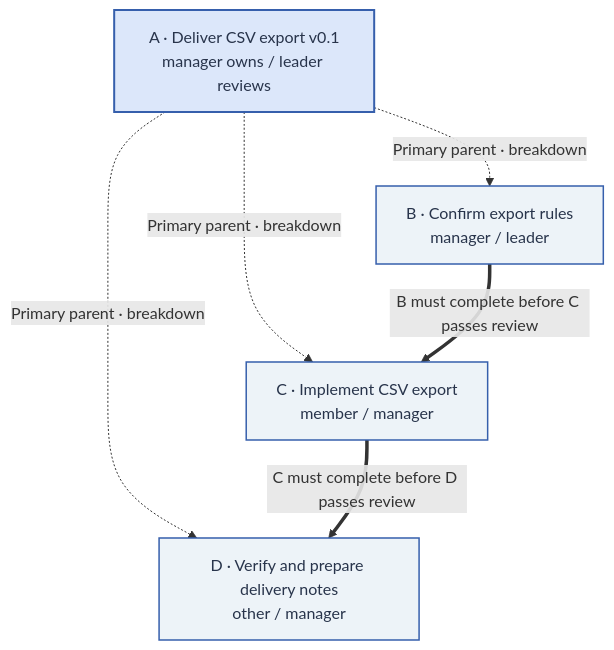
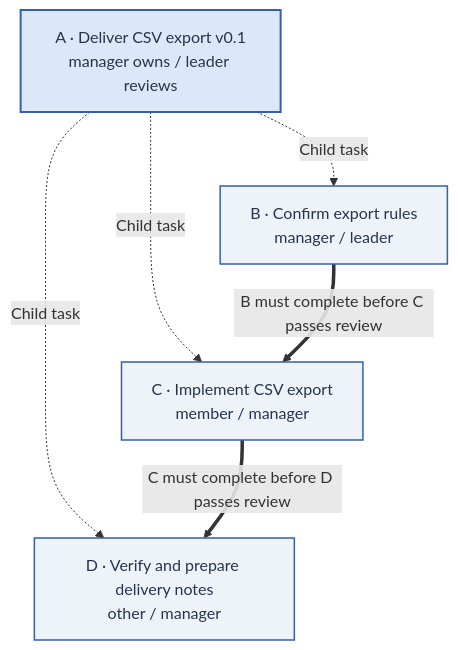
One commit to M1racleShih/open-task changed the diagram in docs/assets/diagrams/en/csv-task-relations.mmd. Above: the diagram before and after it, drawn with Mermaid. The commit also changed 125 other files, not shown here.

```diff
--- a/docs/assets/diagrams/en/csv-task-relations.mmd
+++ b/docs/assets/diagrams/en/csv-task-relations.mmd
@@ -1,16 +1,16 @@
 flowchart TB
   accTitle: Parent and prerequisite relations in the CSV export case
   accDescr: A is the delivery parent of B, C and D. B is required for C to pass review, and C for D. The parent requires its own result submission and acceptance.
   A["A · Deliver CSV export v0.1<br/>manager owns / leader reviews"]
   B["B · Confirm export rules<br/>manager / leader"]
   C["C · Implement CSV export<br/>member / manager"]
   D["D · Verify and prepare delivery notes<br/>other / manager"]
-  A -.->|Primary parent · breakdown| B
-  A -.->|Primary parent · breakdown| C
-  A -.->|Primary parent · breakdown| D
+  A -.->|Child task| B
+  A -.->|Child task| C
+  A -.->|Child task| D
   B ==>|B must complete before C passes review| C
   C ==>|C must complete before D passes review| D
   classDef task fill:#EDF3F8,stroke:#365FAC,color:#28344B,stroke-width:1.5px;
   classDef parent fill:#DCE7FA,stroke:#365FAC,color:#28344B,stroke-width:2px;
   class A parent;
   class B,C,D task;
```
